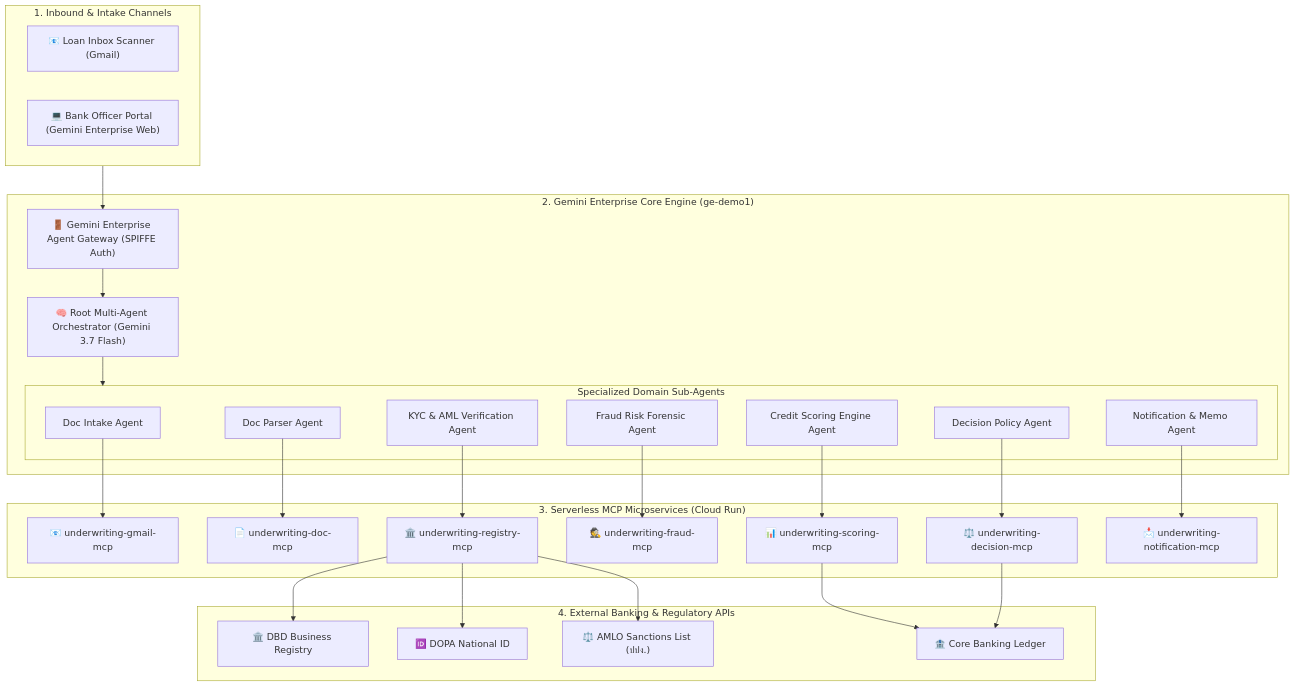
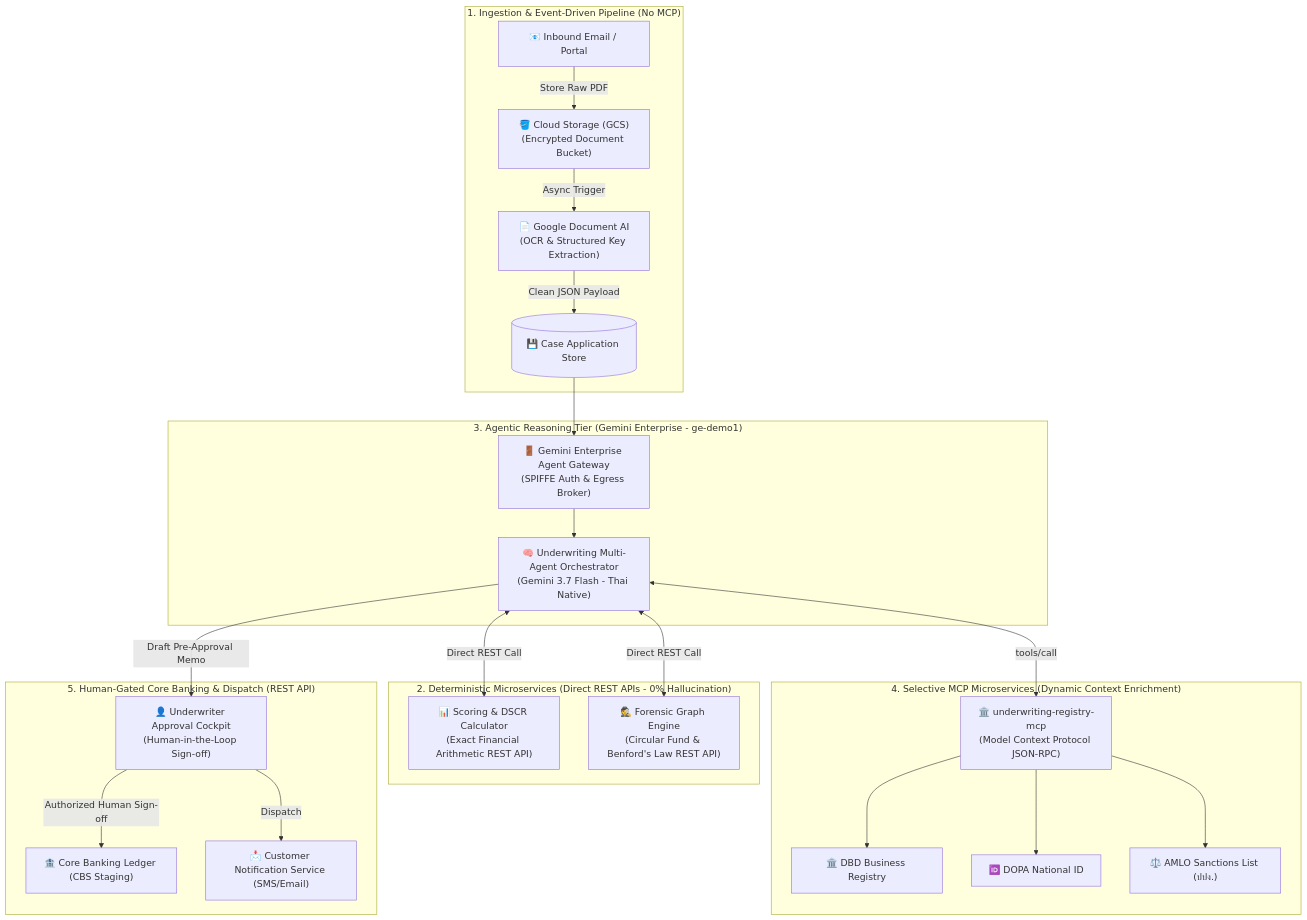
Before and after one commit to pheeraphongaj/gemini-enterprise-mcp-underwriting: the diagram in README.md, drawn with Mermaid. The commit also changed other lines of this file, not shown here.

Commit message:
docs: update README with pragmatic hybrid architecture diagram

````diff
--- a/README.md
+++ b/README.md
@@ -61,57 +67,42 @@
 ```mermaid
 flowchart TB
-    subgraph TriggerLayer ["1. Inbound & Intake Channels"]
-        Email["📧 Loan Inbox Scanner (Gmail)"]
-        Portal["💻 Bank Officer Portal (Gemini Enterprise Web)"]
+    subgraph IntakeLayer ["1. Ingestion & Event-Driven Pipeline (No MCP)"]
+        Email["📧 Inbound Email / Portal"] -->|Store Raw PDF| GCS["🪣 Cloud Storage (GCS)<br>(Encrypted Document Bucket)"]
+        GCS -->|Async Trigger| DocAI["📄 Google Document AI<br>(OCR & Structured Key Extraction)"]
+        DocAI -->|Clean JSON Payload| AppDB[("💾 Case Application Store")]
     end
 
-    subgraph OrchestratorLayer ["2. Gemini Enterprise Core Engine (ge-demo1)"]
-        Gateway["🚪 Gemini Enterprise Agent Gateway (SPIFFE Auth)"]
-        Root["🧠 Root Multi-Agent Orchestrator (Gemini 3.7 Flash)"]
-        
-        subgraph SubAgents ["Specialized Domain Sub-Agents"]
-            A1["Doc Intake Agent"]
-            A2["Doc Parser Agent"]
-            A3["KYC & AML Verification Agent"]
-            A4["Fraud Risk Forensic Agent"]
-            A5["Credit Scoring Engine Agent"]
-            A6["Decision Policy Agent"]
-            A7["Notification & Memo Agent"]
-        end
+    subgraph DeterministicAPIs ["2. Deterministic Microservices (Direct REST APIs - 0% Hallucination)"]
+        REST_Math["📊 Scoring & DSCR Calculator<br>(Exact Financial Arithmetic REST API)"]
+        REST_Fraud["🕵️ Forensic Graph Engine<br>(Circular Fund & Benford's Law REST API)"]
     end
 
-    subgraph MCPServices ["3. Serverless MCP Microservices (Cloud Run)"]
-        M1["📧 underwriting-gmail-mcp"]
-        M2["📄 underwriting-doc-mcp"]
-        M3["🏛️ underwriting-registry-mcp"]
-        M4["🕵️ underwriting-fraud-mcp"]
-        M5["📊 underwriting-scoring-mcp"]
-        M6["⚖️ underwriting-decision-mcp"]
-        M7["📩 underwriting-notification-mcp"]
+    subgraph OrchestratorLayer ["3. Agentic Reasoning Tier (Gemini Enterprise - ge-demo1)"]
+        Gateway["🚪 Gemini Enterprise Agent Gateway<br>(SPIFFE Auth & Egress Broker)"]
+        Root["🧠 Underwriting Multi-Agent Orchestrator<br>(Gemini 3.7 Flash - Thai Native)"]
+        
+        AppDB --> Gateway
+        Gateway --> Root
+        Root <-->|Direct REST Call| REST_Math
+        Root <-->|Direct REST Call| REST_Fraud
     end
 
-    subgraph BankingSystems ["4. External Banking & Regulatory APIs"]
-        DBD["🏛️ DBD Business Registry"]
-        DOPA["🆔 DOPA National ID"]
-        AML["⚖️ AMLO Sanctions List (ปปง.)"]
-        CBS["🏦 Core Banking Ledger"]
+    subgraph MCPServices ["4. Selective MCP Microservices (Dynamic Context Enrichment)"]
+        M_Reg["🏛️ underwriting-registry-mcp<br>(Model Context Protocol JSON-RPC)"]
+        
+        Root <-->|tools/call| M_Reg
+        M_Reg --> DBD["🏛️ DBD Business Registry"]
+        M_Reg --> DOPA["🆔 DOPA National ID"]
+        M_Reg --> AML["⚖️ AMLO Sanctions List (ปปง.)"]
     end
 
-    TriggerLayer --> Gateway
-    Gateway --> Root
-    Root --> SubAgents
-    
-    A1 --> M1
-    A2 --> M2
-    A3 --> M3
-    A4 --> M4
-    A5 --> M5
-    A6 --> M6
-    A7 --> M7
-
-    M3 --> DBD
-    M3 --> DOPA
-    M3 --> AML
-    M5 --> CBS
-    M6 --> CBS
+    subgraph CoreIntegration ["5. Human-Gated Core Banking & Dispatch (REST API)"]
+        HITL["👤 Underwriter Approval Cockpit<br>(Human-in-the-Loop Sign-off)"]
+        CBS["🏦 Core Banking Ledger (CBS Staging)"]
+        Notify["📩 Customer Notification Service (SMS/Email)"]
+        
+        Root -->|Draft Pre-Approval Memo| HITL
+        HITL -->|Authorized Human Sign-off| CBS
+        HITL -->|Dispatch| Notify
+    end
 ```
````
